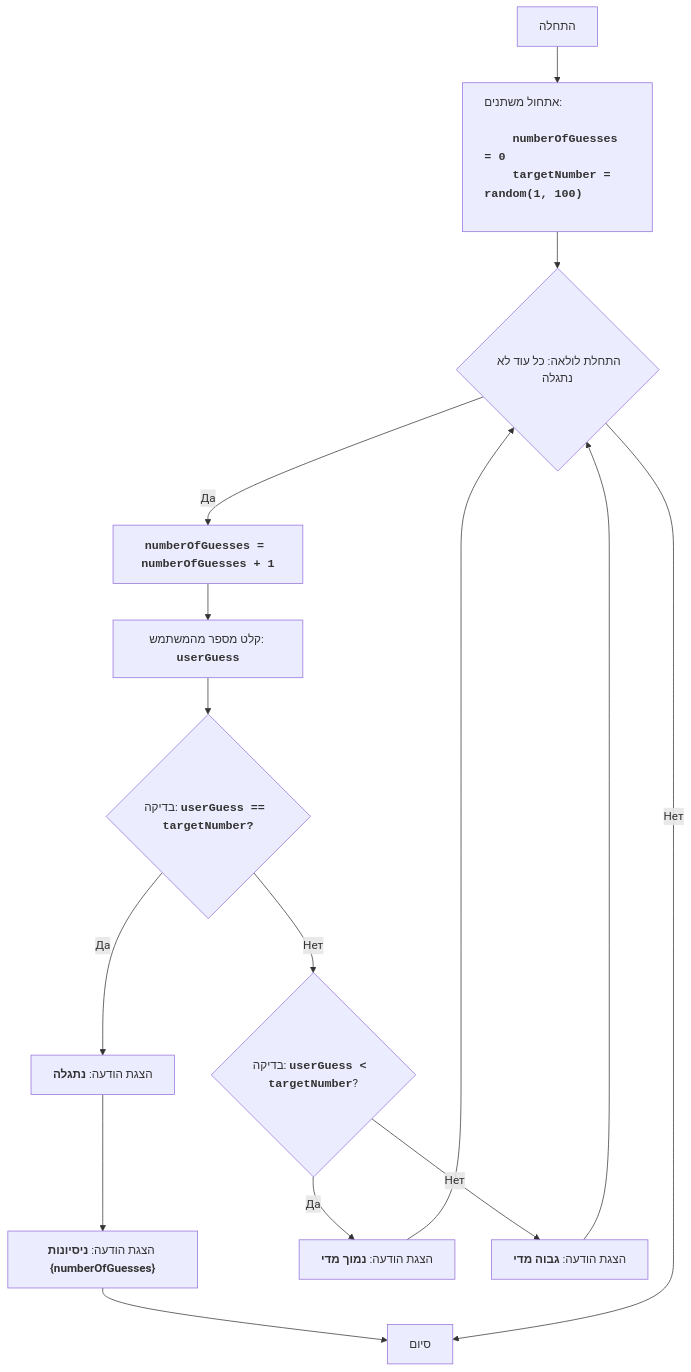
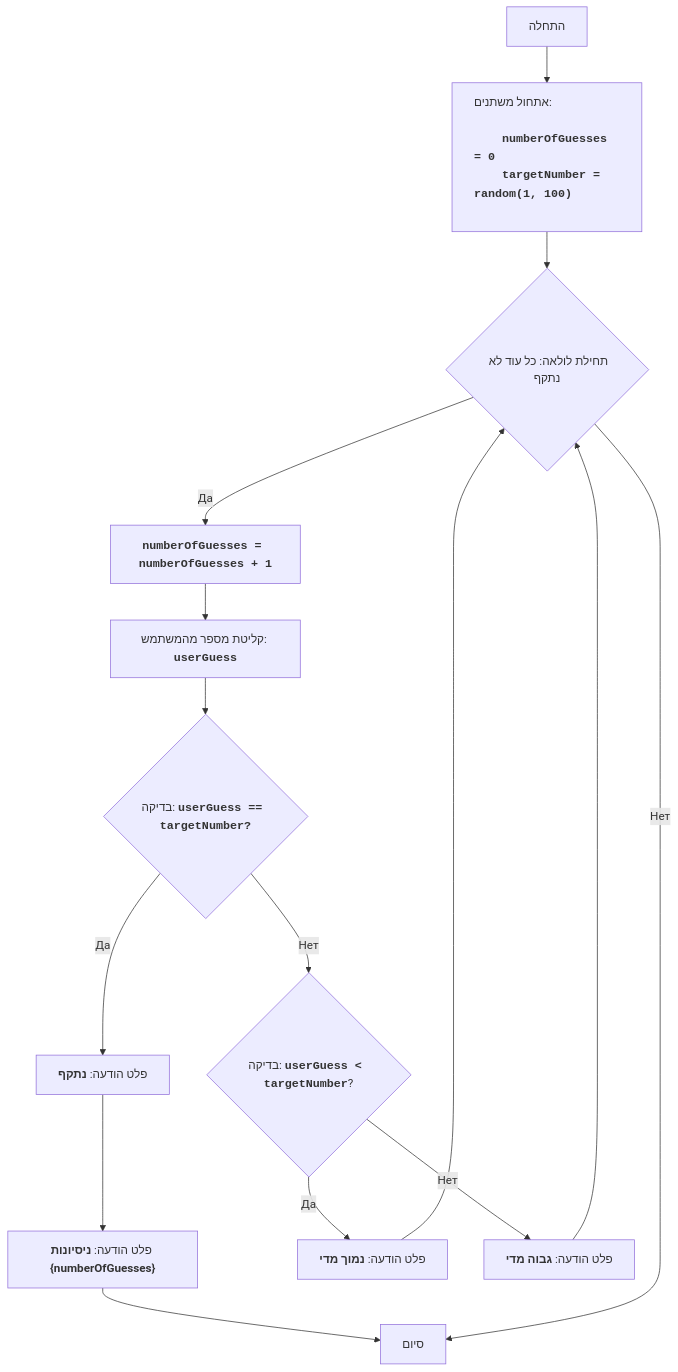
Before and after one commit to hypo69/1001-python-he: the diagram in code/UNSORTED/BUZZWD/README.MD, drawn with Mermaid. The commit also changed other lines of this file and 869 other files, not shown here.

````diff
--- a/code/UNSORTED/BUZZWD/README.MD
+++ b/code/UNSORTED/BUZZWD/README.MD
@@ -26,22 +26,22 @@
 ```mermaid
 flowchart TD
     Start["התחלה"] --> InitializeVariables["<p align='left'>אתחול משתנים:
     <code><b>
     numberOfGuesses = 0
     targetNumber = random(1, 100)
     </b></code></p>"]
-    InitializeVariables --> LoopStart{"התחלת לולאה: כל עוד לא נתגלה"}
+    InitializeVariables --> LoopStart{"תחילת לולאה: כל עוד לא נתקף"}
     LoopStart -- Да --> IncreaseGuesses["<code><b>numberOfGuesses = numberOfGuesses + 1</b></code>"]
-    IncreaseGuesses --> InputGuess["קלט מספר מהמשתמש: <code><b>userGuess</b></code>"]
+    IncreaseGuesses --> InputGuess["קליטת מספר מהמשתמש: <code><b>userGuess</b></code>"]
     InputGuess --> CheckGuess{"בדיקה: <code><b>userGuess == targetNumber?</b></code>"}
-    CheckGuess -- Да --> OutputWin["הצגת הודעה: <b>נתגלה</b>"]
-    OutputWin --> OutputAttempts["הצגת הודעה: <b>ניסיונות {numberOfGuesses}</b>"]
+    CheckGuess -- Да --> OutputWin["פלט הודעה: <b>נתקף</b>"]
+    OutputWin --> OutputAttempts["פלט הודעה: <b>ניסיונות {numberOfGuesses}</b>"]
     OutputAttempts --> End["סיום"]
     CheckGuess -- Нет --> CheckLow{"בדיקה: <code><b>userGuess &lt; targetNumber</b></code>?"}
-    CheckLow -- Да --> OutputLow["הצגת הודעה: <b>נמוך מדי</b>"]
+    CheckLow -- Да --> OutputLow["פלט הודעה: <b>נמוך מדי</b>"]
     OutputLow --> LoopStart
-    CheckLow -- Нет --> OutputHigh["הצגת הודעה: <b>גבוה מדי</b>"]
+    CheckLow -- Нет --> OutputHigh["פלט הודעה: <b>גבוה מדי</b>"]
     OutputHigh --> LoopStart
     LoopStart -- Нет --> End
 
 ```
````
